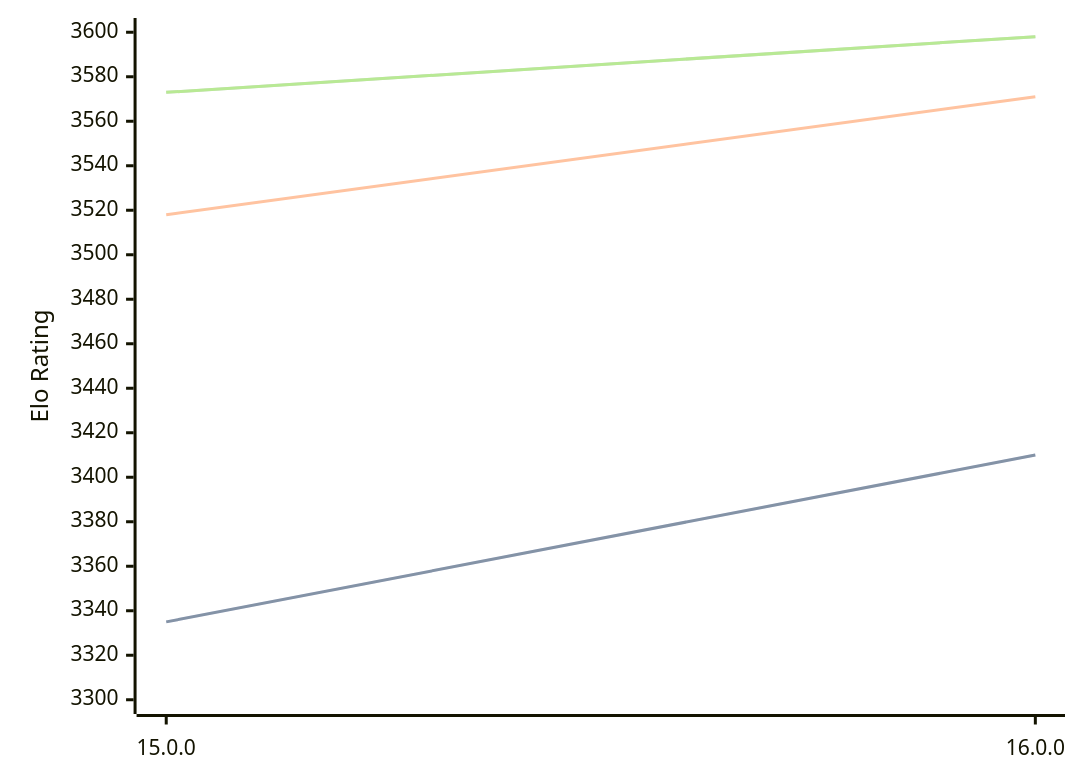
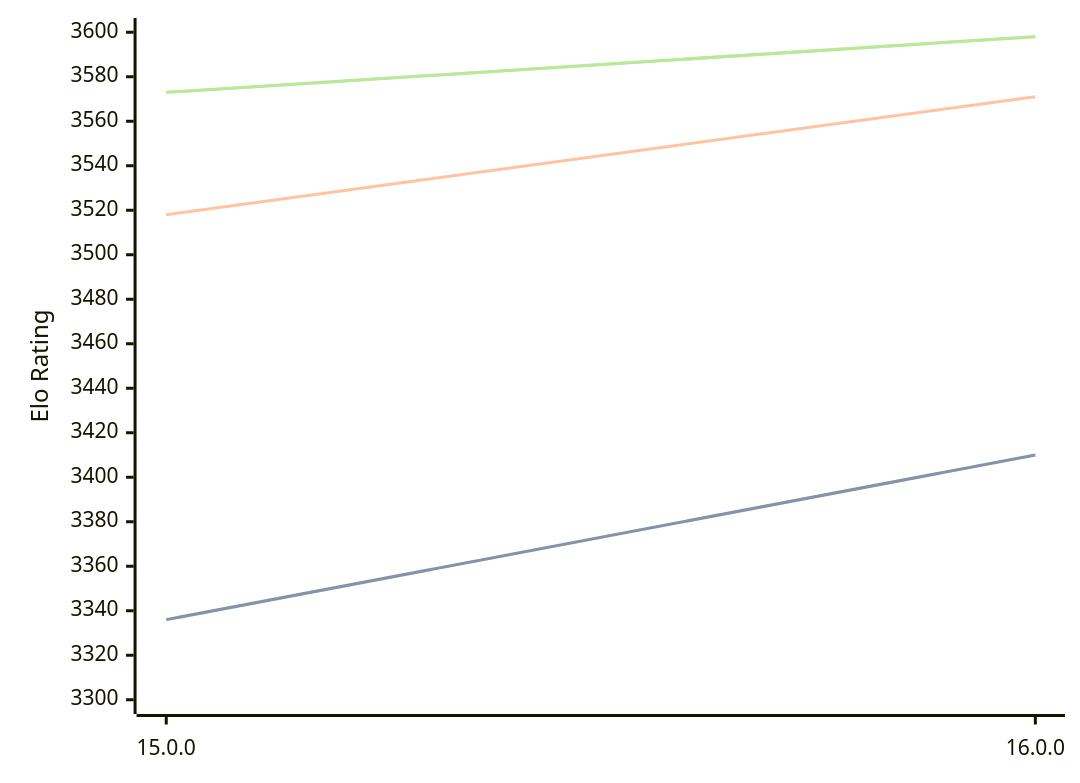
Before and after one commit to computer-chess-index/cci: the diagram in engines/Halogen.md, drawn with Mermaid. The commit also changed other lines of this file, not shown here.

````diff
--- a/engines/Halogen.md
+++ b/engines/Halogen.md
@@ -50,11 +50,11 @@
 ```mermaid
 %%{init: {"theme":"base","themeVariables":{"seriesColors:['#a3a3a3','#222221','#faa371']}}}%%
 xychart-beta
   x-axis ["15.0.0", "16.0.0"]
   y-axis "Elo Rating" 3300 --> 3600
-  line "STC (8.0+0.08s)" [3335, 3410]
-  line "STC (8.0+0.08s)" [3335, 3410]
+  line "STC (8.0+0.08s)" [3336, 3410]
+  line "STC (8.0+0.08s)" [3336, 3410]
   line "LTC (60.0+0.60s)" [3518, 3571]
   line "VLTC (2m24s+1.12s)" [3573, 3598]
   line "VLTC (2m24s+1.12s)" [3573, 3598]
 ```
````
